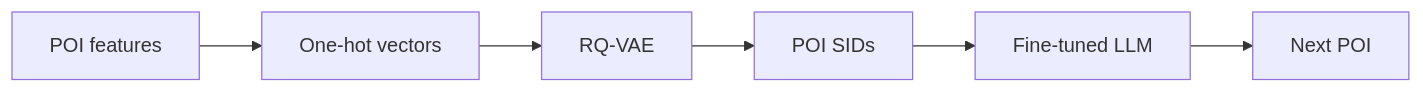
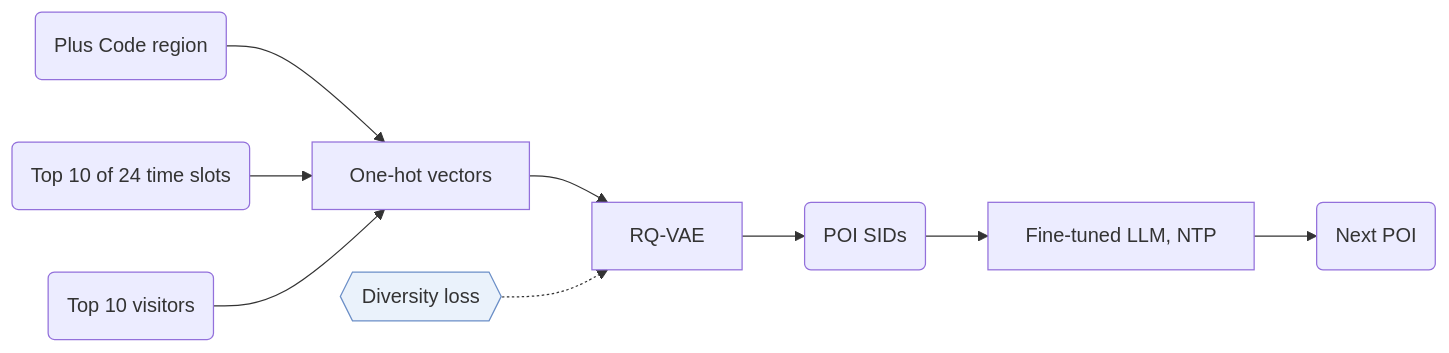
Before and after one commit to Galaxy-ghost/Awesome-SID-Generative-Rec: the diagram in notes/gnpr-sid.md, drawn with Mermaid. The commit also changed 521 other files, not shown here.

Commit message:
writer-04 part 3: algorithm diagrams with shared shape conventions, README hero and paper cards, archive removed

````diff
--- a/notes/gnpr-sid.md
+++ b/notes/gnpr-sid.md
@@ -14,8 +14,12 @@
 ```mermaid
 flowchart LR
-    A[POI features] --> B[One-hot vectors]
-    B --> C[RQ-VAE]
-    C --> D[POI SIDs]
-    D --> E[Fine-tuned LLM]
-    E --> F[Next POI]
+    A("Plus Code region") --> D["One-hot vectors"]
+    B("Top 10 of 24 time slots") --> D
+    C("Top 10 visitors") --> D
+    D --> E["RQ-VAE"]
+    L1{{"Diversity loss"}}:::key -.-> E
+    E --> F("POI SIDs")
+    F --> G["Fine-tuned LLM, NTP"]
+    G --> H("Next POI")
+    classDef key fill:#eaf2fb,stroke:#6b8fc7
 ```
````
